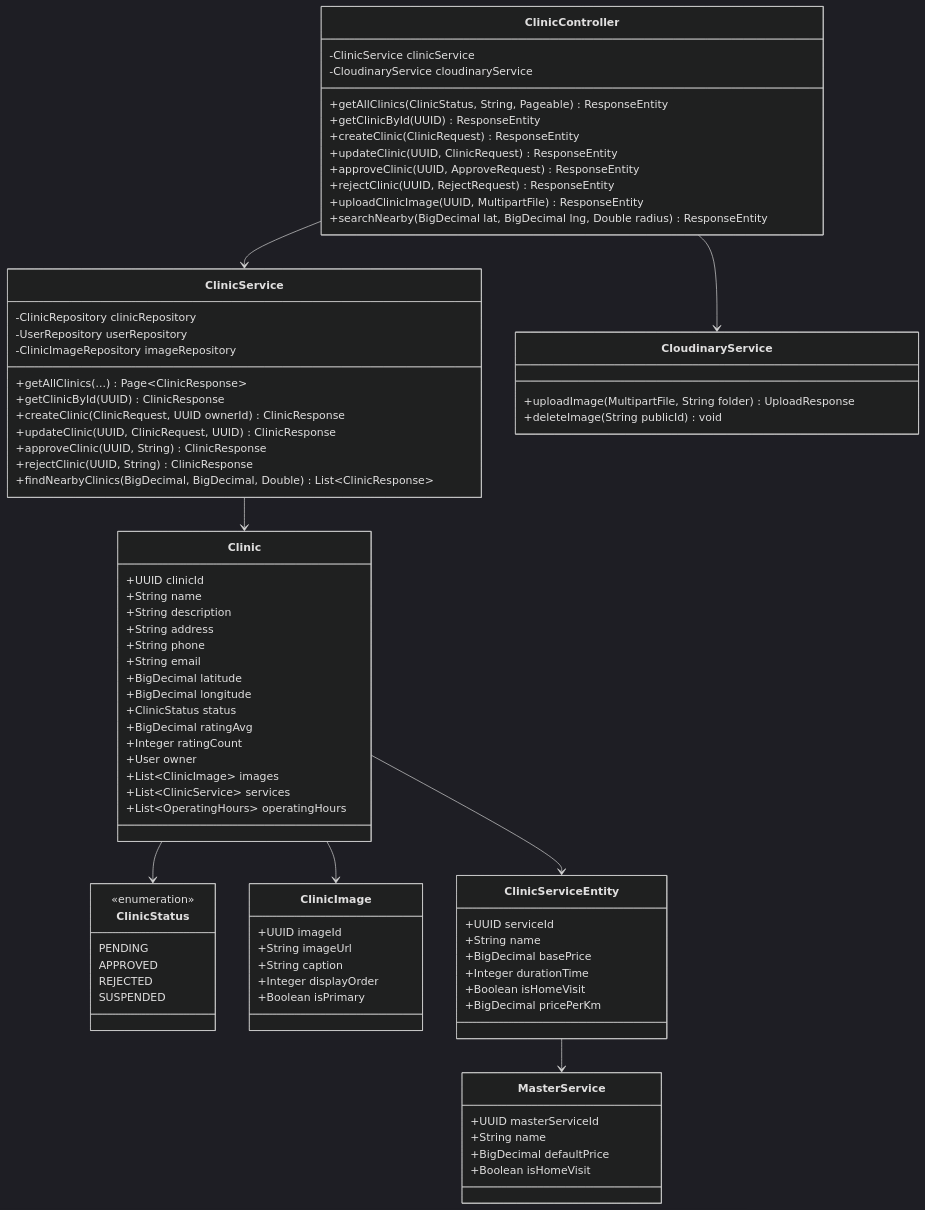
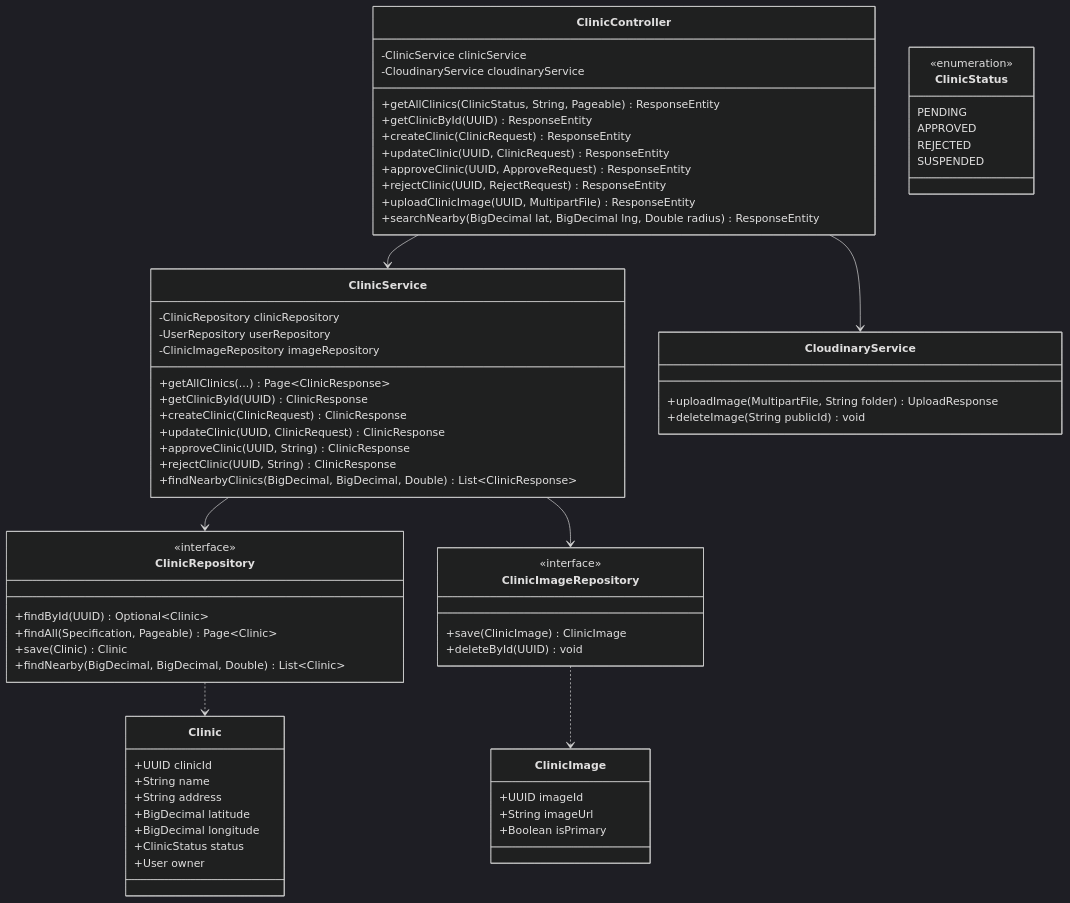
Before and after one commit to espresso23/Petties-Veterinary-Appointment-Booking-Platform: diagram 19 of 40 in docs-references/documentation/SDD/REPORT_4_SDD_SYSTEM_DESIGN.md, drawn with Mermaid (dark theme). The commit also changed other lines of this file and 132 other files, not shown here.

````diff
--- a/docs-references/documentation/SDD/REPORT_4_SDD_SYSTEM_DESIGN.md
+++ b/docs-references/documentation/SDD/REPORT_4_SDD_SYSTEM_DESIGN.md
@@ -1123,29 +1548,41 @@
         -ClinicImageRepository imageRepository
         +getAllClinics(...) Page~ClinicResponse~
         +getClinicById(UUID) ClinicResponse
-        +createClinic(ClinicRequest, UUID ownerId) ClinicResponse
-        +updateClinic(UUID, ClinicRequest, UUID) ClinicResponse
+        +createClinic(ClinicRequest) ClinicResponse
+        +updateClinic(UUID, ClinicRequest) ClinicResponse
         +approveClinic(UUID, String) ClinicResponse
         +rejectClinic(UUID, String) ClinicResponse
         +findNearbyClinics(BigDecimal, BigDecimal, Double) List~ClinicResponse~
     }
 
+    class ClinicRepository {
+        <<interface>>
+        +findById(UUID) Optional~Clinic~
+        +findAll(Specification, Pageable) Page~Clinic~
+        +save(Clinic) Clinic
+        +findNearby(BigDecimal, BigDecimal, Double) List~Clinic~
+    }
+
+    class ClinicImageRepository {
+        <<interface>>
+        +save(ClinicImage) ClinicImage
+        +deleteById(UUID) void
+    }
+
     class Clinic {
         +UUID clinicId
         +String name
-        +String description
         +String address
-        +String phone
-        +String email
         +BigDecimal latitude
         +BigDecimal longitude
         +ClinicStatus status
-        +BigDecimal ratingAvg
-        +Integer ratingCount
         +User owner
-        +List~ClinicImage~ images
-        +List~ClinicService~ services
-        +List~OperatingHours~ operatingHours
+    }
+
+    class ClinicImage {
+        +UUID imageId
+        +String imageUrl
+        +Boolean isPrimary
     }
 
     class ClinicStatus {
@@ -1156,30 +1593,6 @@
         SUSPENDED
     }
 
-    class ClinicImage {
-        +UUID imageId
-        +String imageUrl
-        +String caption
-        +Integer displayOrder
-        +Boolean isPrimary
-    }
-
-    class ClinicServiceEntity {
-        +UUID serviceId
-        +String name
-        +BigDecimal basePrice
-        +Integer durationTime
-        +Boolean isHomeVisit
-        +BigDecimal pricePerKm
-    }
-
-    class MasterService {
-        +UUID masterServiceId
-        +String name
-        +BigDecimal defaultPrice
-        +Boolean isHomeVisit
-    }
-
     class CloudinaryService {
         +uploadImage(MultipartFile, String folder) UploadResponse
         +deleteImage(String publicId) void
@@ -1187,9 +1600,8 @@
 
     ClinicController --> ClinicService
     ClinicController --> CloudinaryService
-    ClinicService --> Clinic
-    Clinic --> ClinicStatus
-    Clinic --> ClinicImage
-    Clinic --> ClinicServiceEntity
-    ClinicServiceEntity --> MasterService
+    ClinicService --> ClinicRepository
+    ClinicService --> ClinicImageRepository
+    ClinicRepository ..> Clinic
+    ClinicImageRepository ..> ClinicImage
 ```
````
